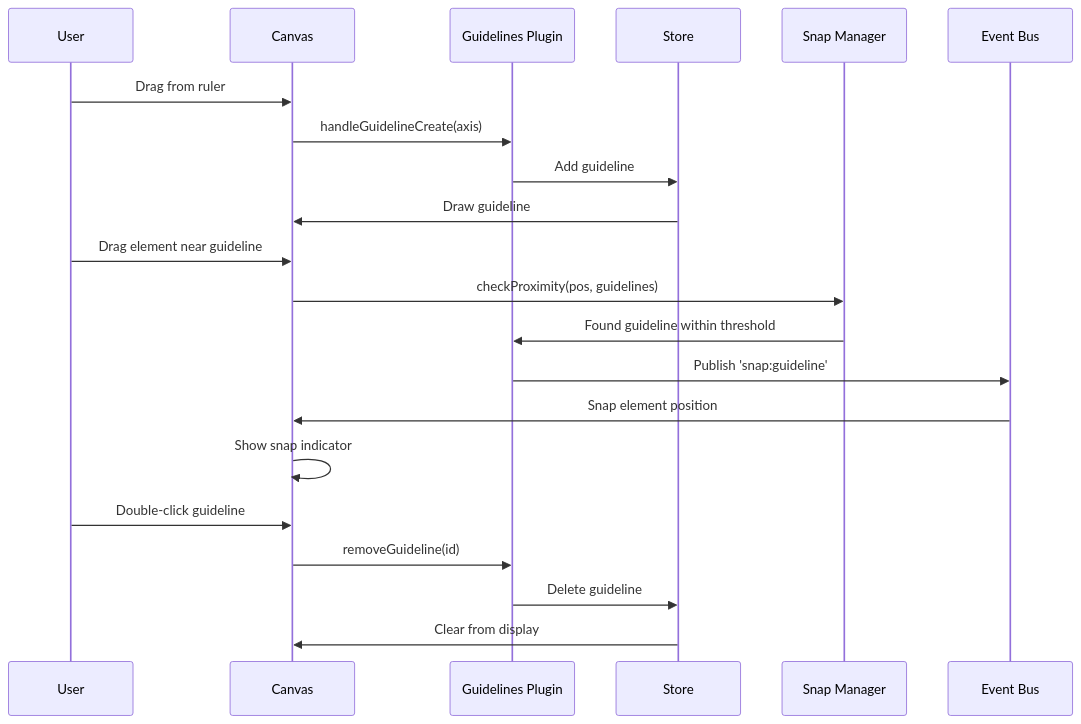
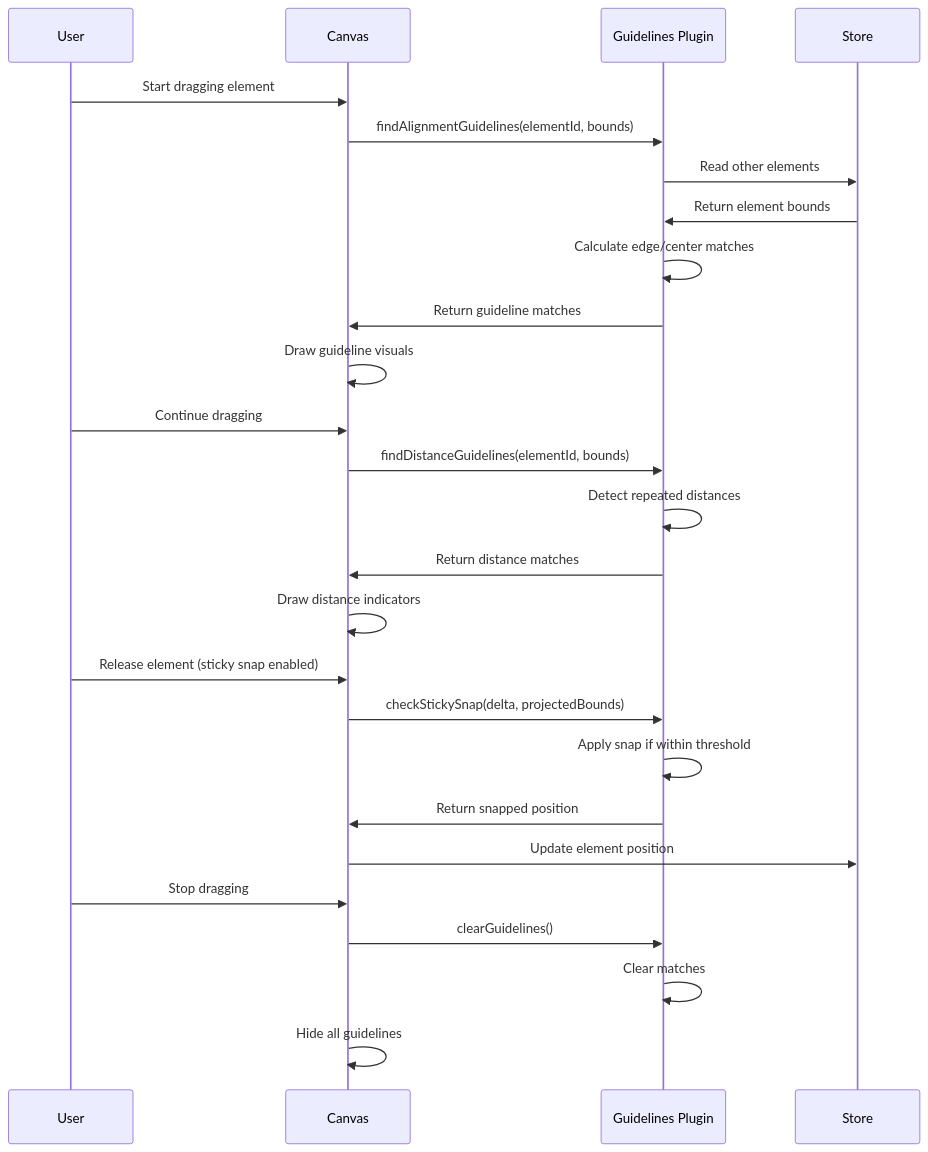
One commit to ekrsulov/ttpe changed the diagram in doc/docs/plugins/catalog/guidelines.md. Above: the diagram before and after it, drawn with Mermaid. The commit also changed other lines of this file and 11 other files, not shown here.

````diff
--- a/doc/docs/plugins/catalog/guidelines.md
+++ b/doc/docs/plugins/catalog/guidelines.md
@@ -17,26 +21,32 @@
 ```mermaid
 sequenceDiagram
     participant User
     participant Canvas
     participant GP as Guidelines Plugin
     participant Store
-    participant SM as Snap Manager
-    participant EB as Event Bus
     
-    User->>Canvas: Drag from ruler
-    Canvas->>GP: handleGuidelineCreate(axis)
-    GP->>Store: Add guideline
-    Store->>Canvas: Draw guideline
+    User->>Canvas: Start dragging element
+    Canvas->>GP: findAlignmentGuidelines(elementId, bounds)
+    GP->>Store: Read other elements
+    Store->>GP: Return element bounds
+    GP->>GP: Calculate edge/center matches
+    GP->>Canvas: Return guideline matches
+    Canvas->>Canvas: Draw guideline visuals
     
-    User->>Canvas: Drag element near guideline
-    Canvas->>SM: checkProximity(pos, guidelines)
-    SM->>GP: Found guideline within threshold
-    GP->>EB: Publish 'snap:guideline'
-    EB->>Canvas: Snap element position
-    Canvas->>Canvas: Show snap indicator
+    User->>Canvas: Continue dragging
+    Canvas->>GP: findDistanceGuidelines(elementId, bounds)
+    GP->>GP: Detect repeated distances
+    GP->>Canvas: Return distance matches
+    Canvas->>Canvas: Draw distance indicators
     
-    User->>Canvas: Double-click guideline
-    Canvas->>GP: removeGuideline(id)
-    GP->>Store: Delete guideline
-    Store->>Canvas: Clear from display
+    User->>Canvas: Release element (sticky snap enabled)
+    Canvas->>GP: checkStickySnap(delta, projectedBounds)
+    GP->>GP: Apply snap if within threshold
+    GP->>Canvas: Return snapped position
+    Canvas->>Store: Update element position
+    
+    User->>Canvas: Stop dragging
+    Canvas->>GP: clearGuidelines()
+    GP->>GP: Clear matches
+    Canvas->>Canvas: Hide all guidelines
 ```
````
